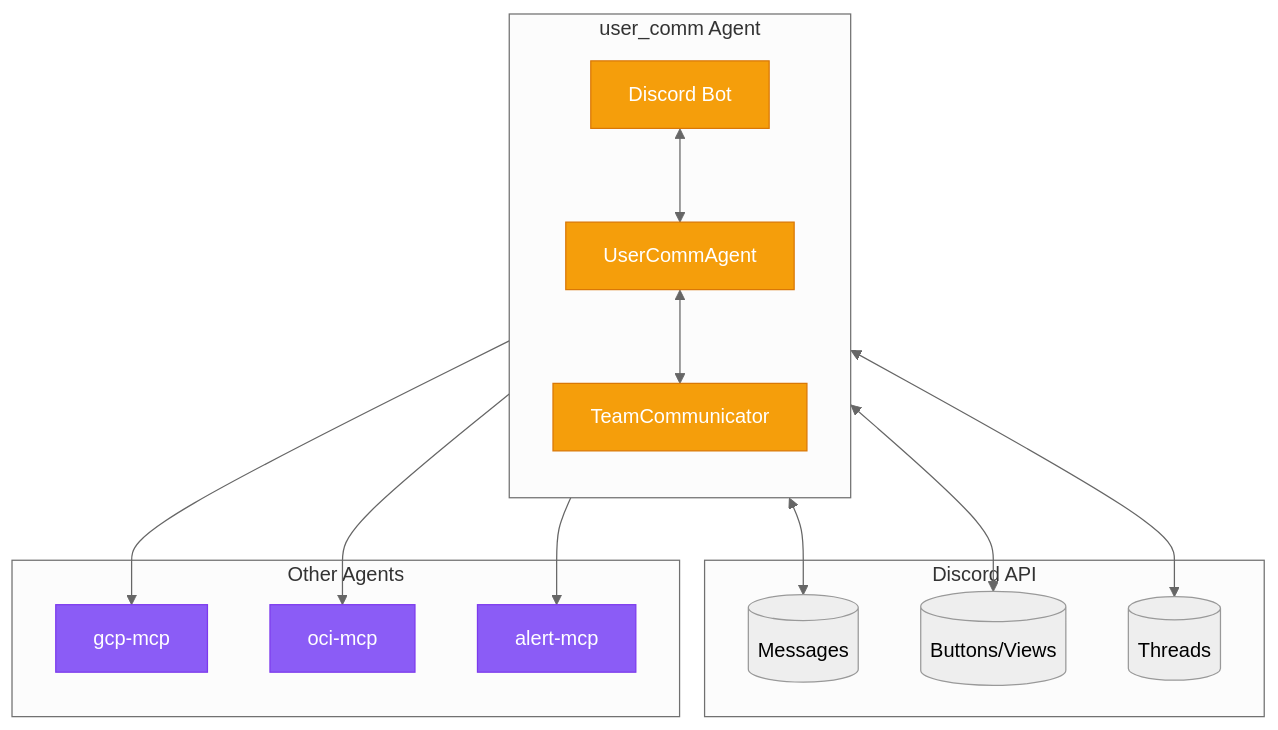
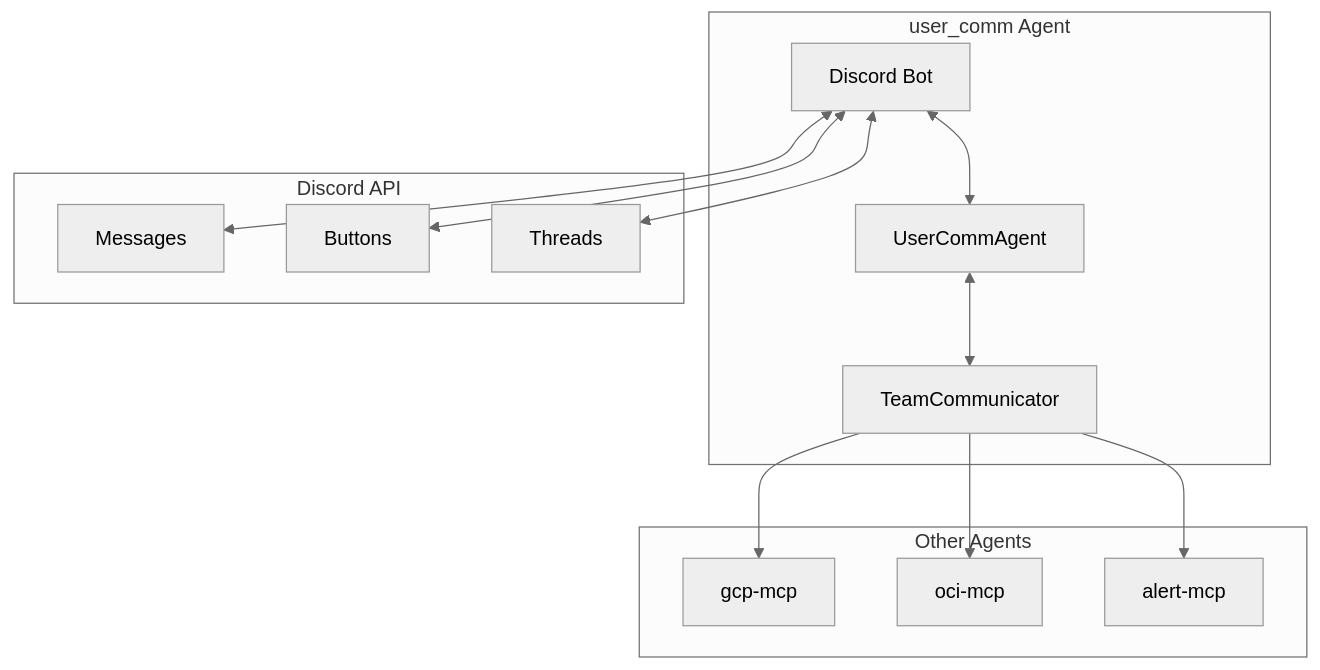
The second of 7 diagrams in content/en/post/2026-03-01-013-discord-gateway-mcp-architecture-design.md (yarang/blogs), drawn with Mermaid (neutral theme) before and after one commit. The commit also changed other lines of this file and 1 other file, not shown here.

First line of the commit message:
Simplify Mermaid diagrams for web compatibility

````diff
--- a/content/en/post/2026-03-01-013-discord-gateway-mcp-architecture-design.md
+++ b/content/en/post/2026-03-01-013-discord-gateway-mcp-architecture-design.md
@@ -86,35 +76,27 @@
 ```mermaid
 flowchart TB
-    classDef core fill:#F59E0B,stroke:#D97706,color:#fff
-    classDef discord fill:#5865F2,stroke:#404EED,color:#fff
-    classDef team fill:#8B5CF6,stroke:#7C3AED,color:#fff
-
-    subgraph UserComm["user_comm Agent"]
-        direction TB
-        DiscordBot["Discord Bot"]:::core
-        Agent["UserCommAgent"]:::core
-        TeamComm["TeamCommunicator"]:::core
-
-        DiscordBot <--> Agent
-        Agent <--> TeamComm
+    subgraph UC[user_comm Agent]
+        DBot[Discord Bot]
+        Agent[UserCommAgent]
+        TComm[TeamCommunicator]
+        DBot <--> Agent
+        Agent <--> TComm
+    end
+    subgraph DAPI[Discord API]
+        M[Messages]
+        B[Buttons]
+        T[Threads]
+    end
+    subgraph O[Other Agents]
+        GCP[gcp-mcp]
+        OCI[oci-mcp]
+        AL[alert-mcp]
     end
 
-    subgraph Discord["Discord API"]
-        Messages[("Messages")]
-        Buttons[("Buttons/Views")]
-        Threads[("Threads")]
-    end
-
-    subgraph Team["Other Agents"]
-        GCP["gcp-mcp"]:::team
-        OCI["oci-mcp"]:::team
-        Alert["alert-mcp"]:::team
-    end
-
-    DiscordBot <--> Messages
-    DiscordBot <--> Buttons
-    DiscordBot <--> Threads
-    TeamComm --> GCP
-    TeamComm --> OCI
-    TeamComm --> Alert
+    DBot <--> M
+    DBot <--> B
+    DBot <--> T
+    TComm --> GCP
+    TComm --> OCI
+    TComm --> AL
 ```
````
